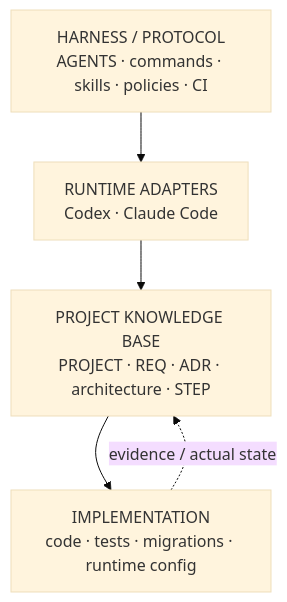
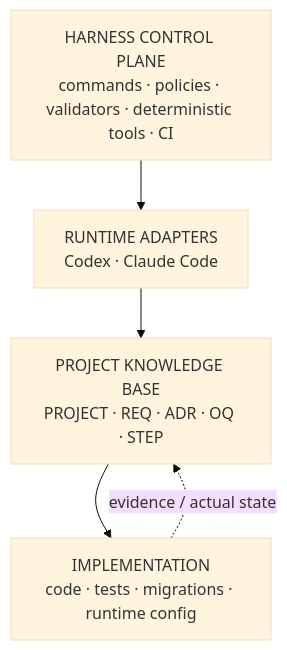
One commit to ai-development-harness/.github changed the second of 2 diagrams in profile/README.md. Above: the diagram before and after it, drawn with Mermaid (base theme). The commit also changed other lines of this file and 6 other files, not shown here.

````diff
--- a/profile/README.md
+++ b/profile/README.md
@@ -76,12 +113,12 @@
 ```mermaid
 flowchart TB
-    H["HARNESS / PROTOCOL<br/>AGENTS · commands · skills · policies · CI"]
+    H["HARNESS CONTROL PLANE<br/>commands · policies · validators · deterministic tools · CI"]
     R["RUNTIME ADAPTERS<br/>Codex · Claude Code"]
-    K["PROJECT KNOWLEDGE BASE<br/>PROJECT · REQ · ADR · architecture · STEP"]
+    K["PROJECT KNOWLEDGE BASE<br/>PROJECT · REQ · ADR · OQ · STEP"]
     I["IMPLEMENTATION<br/>code · tests · migrations · runtime config"]
 
     H --> R
     R --> K
     K --> I
     I -. "evidence / actual state" .-> K
 ```
````
